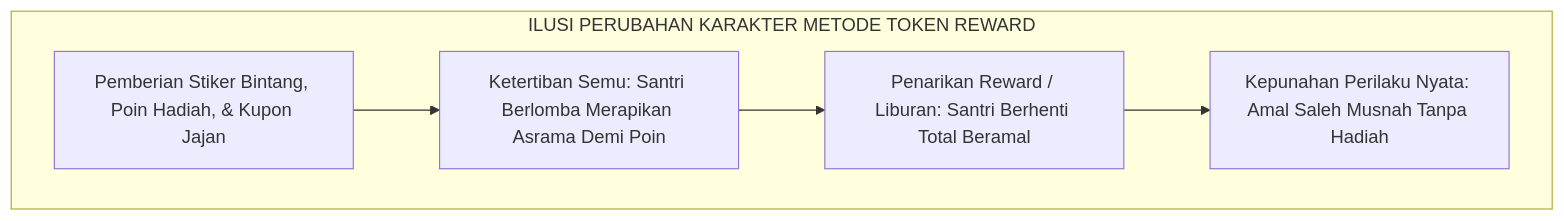
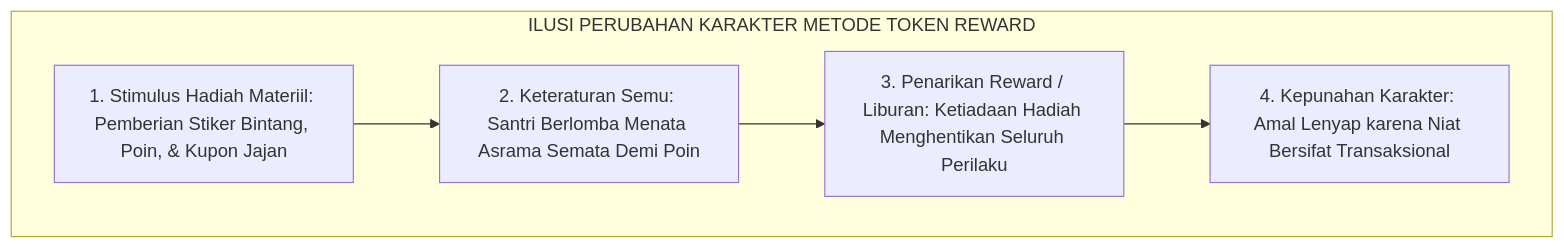
Before and after one commit to wandiapriliyandi/tumbuh: the first of 4 diagrams in BOOK-SERIES/Volume-01/Bab-01-Krisis-Karakter-dan-Urgensi-Rekonstruksi/04-Kelemahan-Behaviorisme-Sekuler-dan-Kehampaan-Ruhani.md, drawn with Mermaid. The commit also changed other lines of this file and 1 other file, not shown here.

````diff
--- a/BOOK-SERIES/Volume-01/Bab-01-Krisis-Karakter-dan-Urgensi-Rekonstruksi/04-Kelemahan-Behaviorisme-Sekuler-dan-Kehampaan-Ruhani.md
+++ b/BOOK-SERIES/Volume-01/Bab-01-Krisis-Karakter-dan-Urgensi-Rekonstruksi/04-Kelemahan-Behaviorisme-Sekuler-dan-Kehampaan-Ruhani.md
@@ -21,8 +27,11 @@
 ```mermaid
 graph TD
     subgraph FenomenaPerburuan["ILUSI PERUBAHAN KARAKTER METODE TOKEN REWARD"]
-        F1["Pemberian Stiker Bintang, Poin Hadiah, & Kupon Jajan"] --> F2["Ketertiban Semu: Santri Berlomba Merapikan Asrama Demi Poin"]
-        F2 --> F3["Penarikan Reward / Liburan: Santri Berhenti Total Beramal"]
-        F3 --> F4["Kepunahan Perilaku Nyata: Amal Saleh Musnah Tanpa Hadiah"]
+        F1["1. Stimulus Hadiah Materiil: Pemberian Stiker Bintang, Poin, & Kupon Jajan"]
+        F2["2. Keteraturan Semu: Santri Berlomba Menata Asrama Semata Demi Poin"]
+        F3["3. Penarikan Reward / Liburan: Ketiadaan Hadiah Menghentikan Seluruh Perilaku"]
+        F4["4. Kepunahan Karakter: Amal Lenyap karena Niat Bersifat Transaksional"]
+        
+        F1 --> F2 --> F3 --> F4
     end
 ```
````
